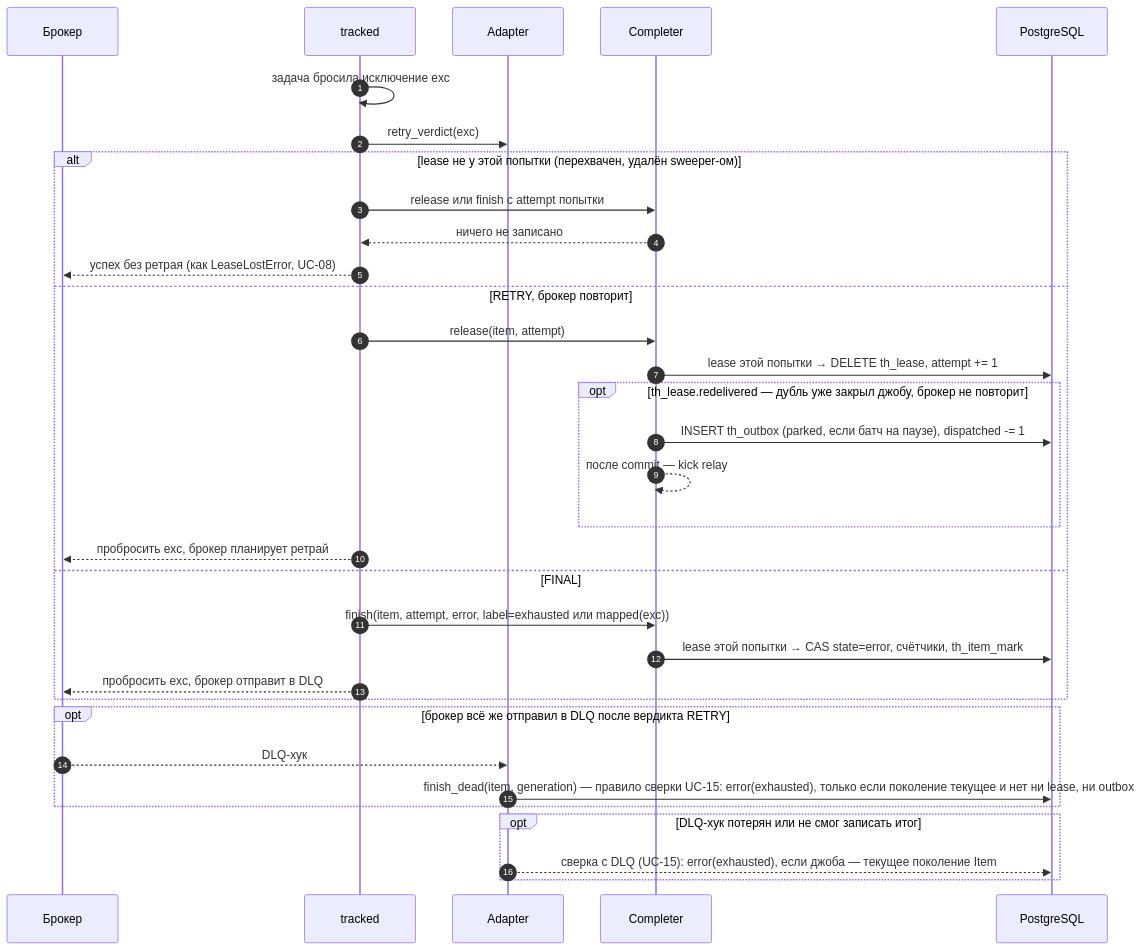
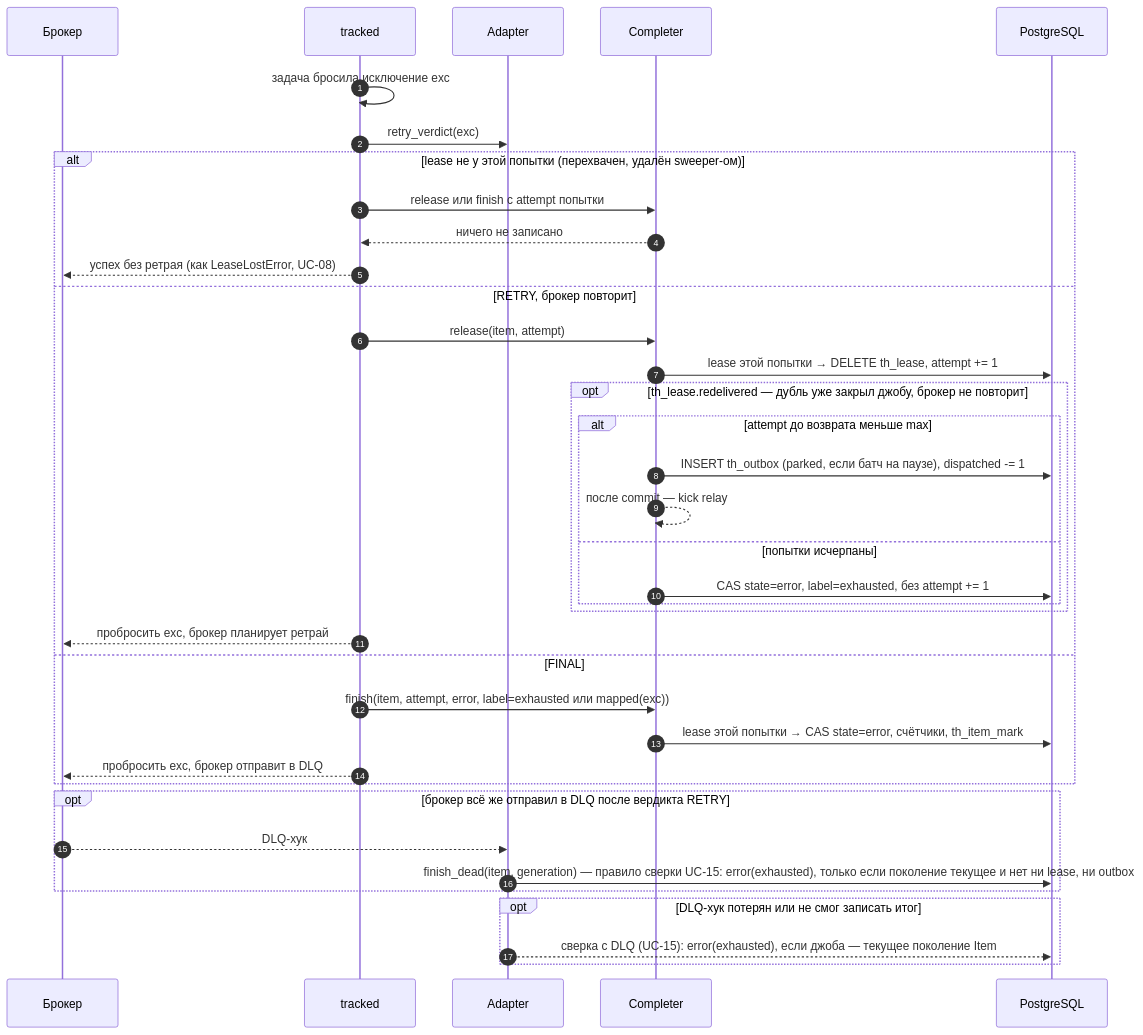
One commit to 0cherednoq/Tallyho changed diagram 16 of 40 in docs/ARCHITECTURE.md. Above: the diagram before and after it, drawn with Mermaid. The commit also changed other lines of this file, not shown here.

Commit message:
Fix-19: ARCHITECTURE — возврат в outbox после дубля подчиняется лимиту попыток
На хаос-стенде (A-CH-04 × S2, seed 4) flexiq после отказа PostgreSQL
доставлял каждую джобу дважды, а задача падала с повторяемой ошибкой на
первой попытке каждой новой джобы: дубль → redelivered → release по RETRY →
outbox → новая джоба с retry_count = 0, и так 1 057 раз. Возврат в outbox
по redelivered теперь проверяет тот же эффективный лимит, что sweeper
(D-012): попыток нет — error("exhausted") вместо outbox (UC-04, §10).

````diff
--- a/docs/ARCHITECTURE.md
+++ b/docs/ARCHITECTURE.md
@@ -995,36 +995,40 @@
 ```mermaid
 sequenceDiagram
     autonumber
     participant B as Брокер
     participant MW as tracked
     participant A as Adapter
     participant C as Completer
     participant DB as PostgreSQL
 
     MW->>MW: задача бросила исключение exc
     MW->>A: retry_verdict(exc)
     alt lease не у этой попытки (перехвачен, удалён sweeper-ом)
         MW->>C: release или finish с attempt попытки
         C-->>MW: ничего не записано
         MW-->>B: успех без ретрая (как LeaseLostError, UC-08)
     else RETRY, брокер повторит
         MW->>C: release(item, attempt)
         C->>DB: lease этой попытки → DELETE th_lease, attempt += 1
         opt th_lease.redelivered — дубль уже закрыл джобу, брокер не повторит
-            C->>DB: INSERT th_outbox (parked, если батч на паузе), dispatched -= 1
-            C-->>C: после commit — kick relay
+            alt attempt до возврата меньше max
+                C->>DB: INSERT th_outbox (parked, если батч на паузе), dispatched -= 1
+                C-->>C: после commit — kick relay
+            else попытки исчерпаны
+                C->>DB: CAS state=error, label=exhausted, без attempt += 1
+            end
         end
         MW-->>B: пробросить exc, брокер планирует ретрай
     else FINAL
         MW->>C: finish(item, attempt, error, label=exhausted или mapped(exc))
         C->>DB: lease этой попытки → CAS state=error, счётчики, th_item_mark
         MW-->>B: пробросить exc, брокер отправит в DLQ
     end
     opt брокер всё же отправил в DLQ после вердикта RETRY
         B-->>A: DLQ-хук
         A->>DB: finish_dead(item, generation) — правило сверки UC-15: error(exhausted), только если поколение текущее и нет ни lease, ни outbox
     end
     opt DLQ-хук потерян или не смог записать итог
         A-->>DB: сверка с DLQ (UC-15): error(exhausted), если джоба — текущее поколение Item
     end
 ```
````
